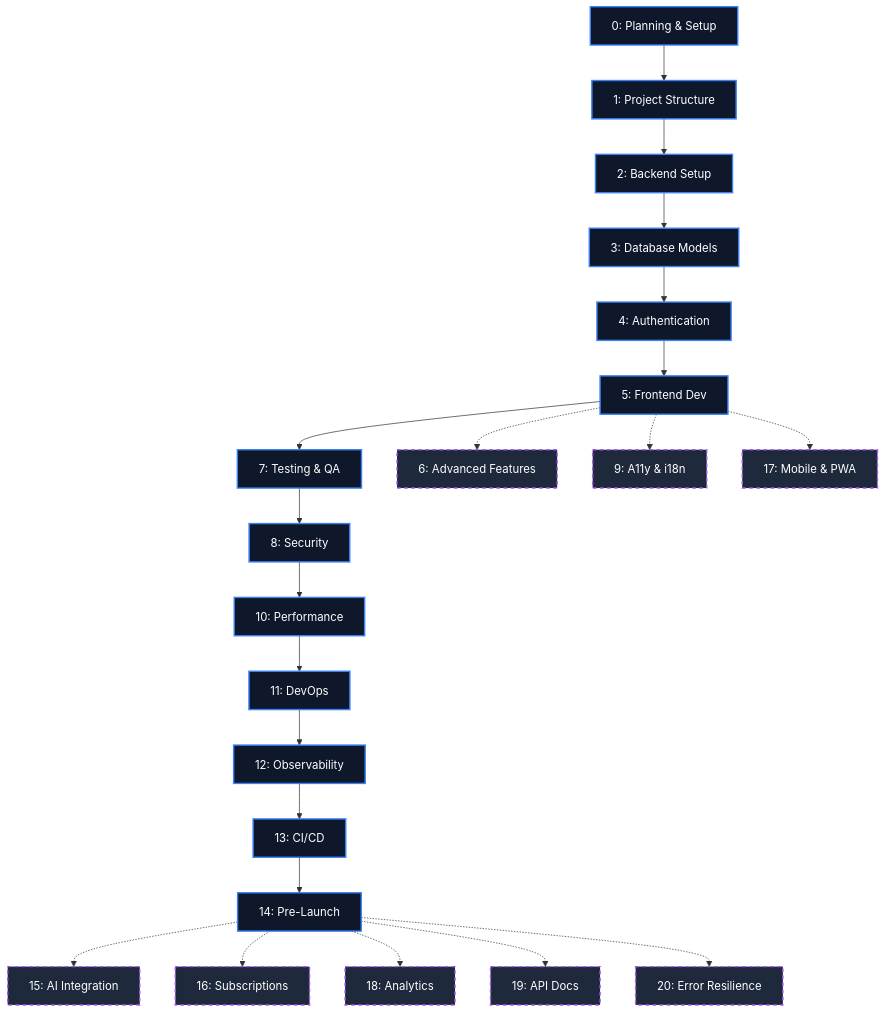
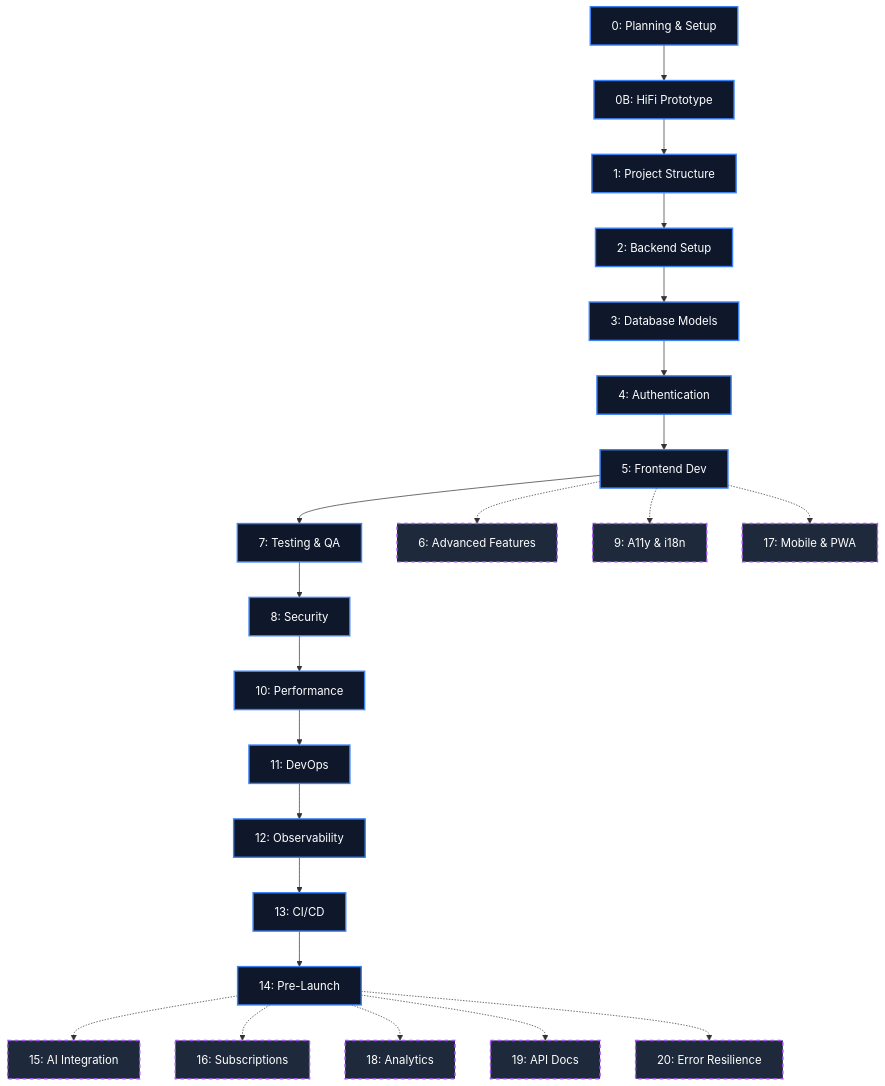
The diagram in README.md (mahmoud-teir/Workflow-Nextjs), drawn with Mermaid before and after one commit. The commit also changed other lines of this file and 4 other files, not shown here.

````diff
--- a/README.md
+++ b/README.md
@@ -97,38 +97,39 @@
 ```mermaid
 graph TD
     %% Core Setup
-    A[0: Planning & Setup] --> B[1: Project Structure]
+    A[0: Planning & Setup] --> A2[0B: HiFi Prototype]
+    A2 --> B[1: Project Structure]
     B --> C[2: Backend Setup]
     C --> D[3: Database Models]
     D --> E[4: Authentication]
     E --> F[5: Frontend Dev]
     
     %% Testing & Security
     F --> G[7: Testing & QA]
     G --> H[8: Security]
     
     %% Advanced Features (Branch)
     F -.-> I[6: Advanced Features]
     F -.-> J[9: A11y & i18n]
     F -.-> K[17: Mobile & PWA]
 
     %% Production Prep
     H --> L[10: Performance]
     L --> M[11: DevOps]
     M --> N[12: Observability]
     N --> O[13: CI/CD]
     O --> P[14: Pre-Launch]
 
     %% Add-ons (Optional Branches)
     P -.-> Q[15: AI Integration]
     P -.-> R[16: Subscriptions]
     P -.-> S[18: Analytics]
     P -.-> T[19: API Docs]
     P -.-> U[20: Error Resilience]
     
     classDef phase fill:#0f172a,stroke:#3b82f6,stroke-width:2px,color:#fff;
     classDef branch fill:#1e293b,stroke:#a855f7,stroke-width:2px,color:#fff,stroke-dasharray: 5 5;
     
-    class A,B,C,D,E,F,G,H,L,M,N,O,P phase;
+    class A,A2,B,C,D,E,F,G,H,L,M,N,O,P phase;
     class I,J,K,Q,R,S,T,U branch;
 ```
````
